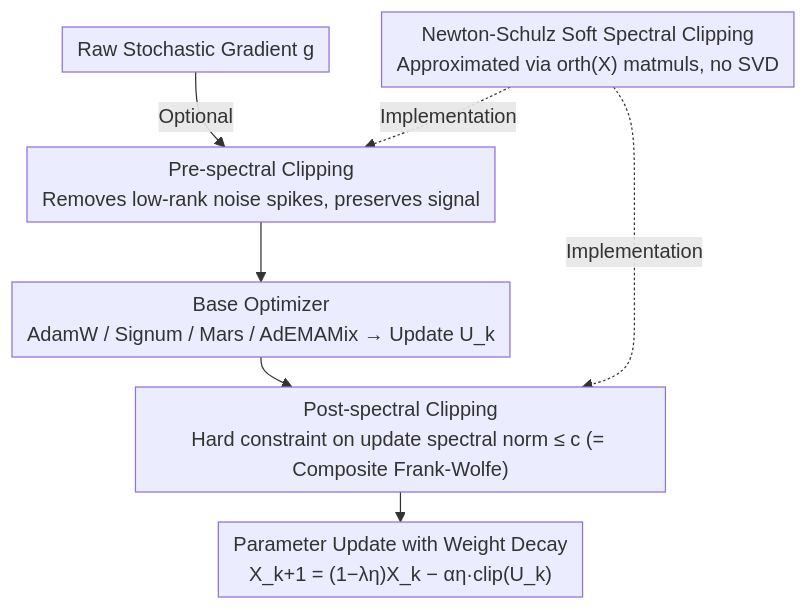
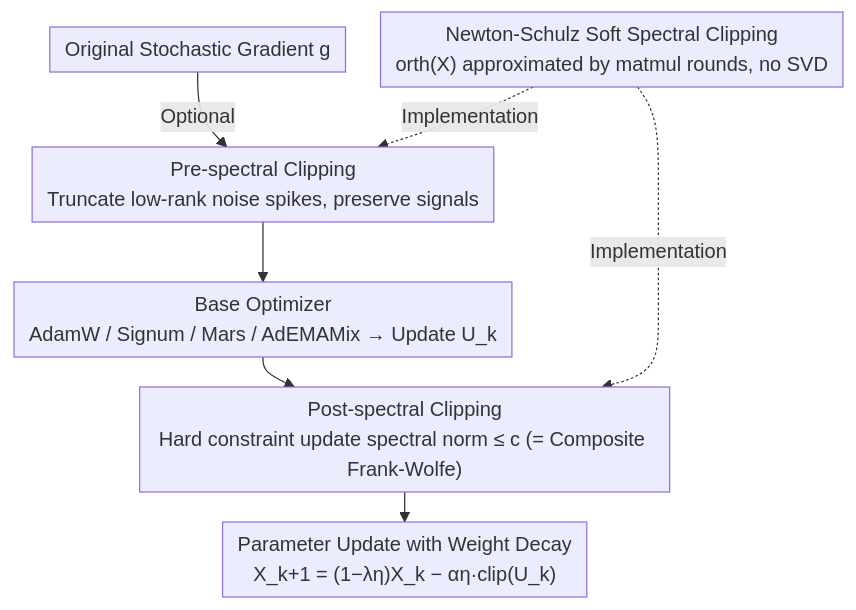
The diagram in docs/ICML2026/optimization/enhancing_llm_training_via_spectral_clipping.md (zhaoyang97/Paper-Notes-en), drawn with Mermaid before and after one commit. The commit also changed other lines of this file and 5084 other files, not shown here.

````diff
--- a/docs/ICML2026/optimization/enhancing_llm_training_via_spectral_clipping.md
+++ b/docs/ICML2026/optimization/enhancing_llm_training_via_spectral_clipping.md
@@ -50,11 +50,11 @@
 ```mermaid
 %%{init: {'flowchart': {'rankSpacing': 24, 'nodeSpacing': 28, 'padding': 6, 'wrappingWidth': 400}}}%%
 flowchart TD
-    A["Raw Stochastic Gradient g"] -->|Optional| B["Pre-spectral Clipping<br/>Removes low-rank noise spikes, preserves signal"]
+    A["Original Stochastic Gradient g"] -->|Optional| B["Pre-spectral Clipping<br/>Truncate low-rank noise spikes, preserve signals"]
     B --> C["Base Optimizer<br/>AdamW / Signum / Mars / AdEMAMix → Update U_k"]
-    C --> D["Post-spectral Clipping<br/>Hard constraint on update spectral norm ≤ c (= Composite Frank-Wolfe)"]
+    C --> D["Post-spectral Clipping<br/>Hard constraint update spectral norm ≤ c (= Composite Frank-Wolfe)"]
     D --> E["Parameter Update with Weight Decay<br/>X_k+1 = (1−λη)X_k − αη·clip(U_k)"]
-    NS["Newton-Schulz Soft Spectral Clipping<br/>Approximated via orth(X) matmuls, no SVD"]
+    NS["Newton-Schulz Soft Spectral Clipping<br/>orth(X) approximated by matmul rounds, no SVD"]
     NS -.Implementation.-> B
     NS -.Implementation.-> D
 ```
````
